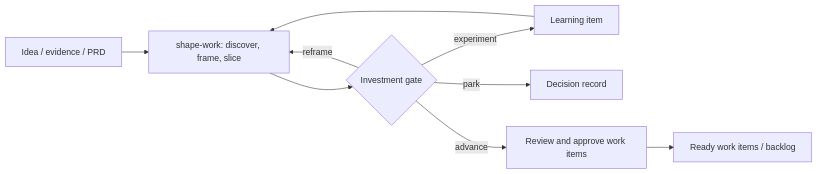
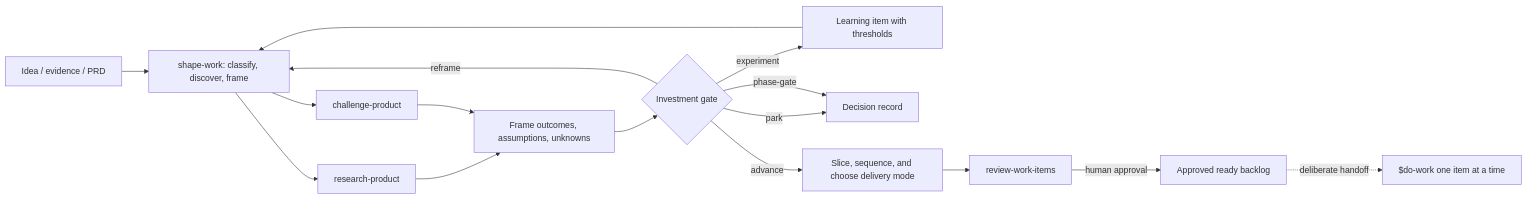
The first of 2 diagrams in README.md (chrislaughlin/agentic-factory), drawn with Mermaid before and after one commit. The commit also changed other lines of this file and 56 other files, not shown here.

````diff
--- a/README.md
+++ b/README.md
@@ -27,11 +27,18 @@
 ```mermaid
 flowchart LR
-  I["Idea / evidence / PRD"] --> X["shape-work: discover, frame, slice"]
-  X --> G{"Investment gate"}
-  G -->|"experiment"| E["Learning item"]
+  I["Idea / evidence / PRD"] --> X["shape-work: classify, discover, frame"]
+  X --> RP["research-product"]
+  X --> CP["challenge-product"]
+  RP --> F["Frame outcomes, assumptions, unknowns"]
+  CP --> F
+  F --> G{"Investment gate"}
+  G -->|"experiment"| E["Learning item with thresholds"]
   E --> X
   G -->|"reframe"| X
   G -->|"park"| K["Decision record"]
-  G -->|"advance"| R["Review and approve work items"]
-  R --> B["Ready work items / backlog"]
+  G -->|"phase-gate"| K
+  G -->|"advance"| S["Slice, sequence, and choose delivery mode"]
+  S --> R["review-work-items"]
+  R -->|"human approval"| B["Approved ready backlog"]
+  B -.->|"deliberate handoff"| D["$do-work one item at a time"]
 ```
````
